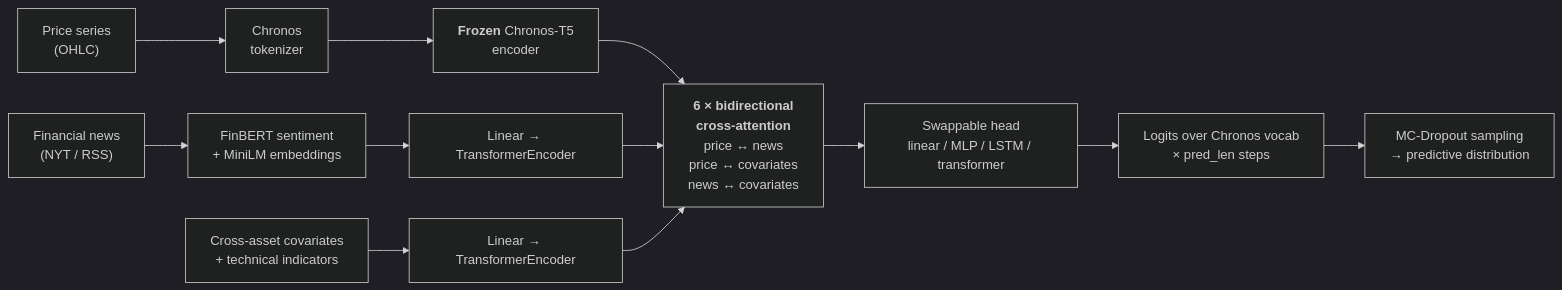
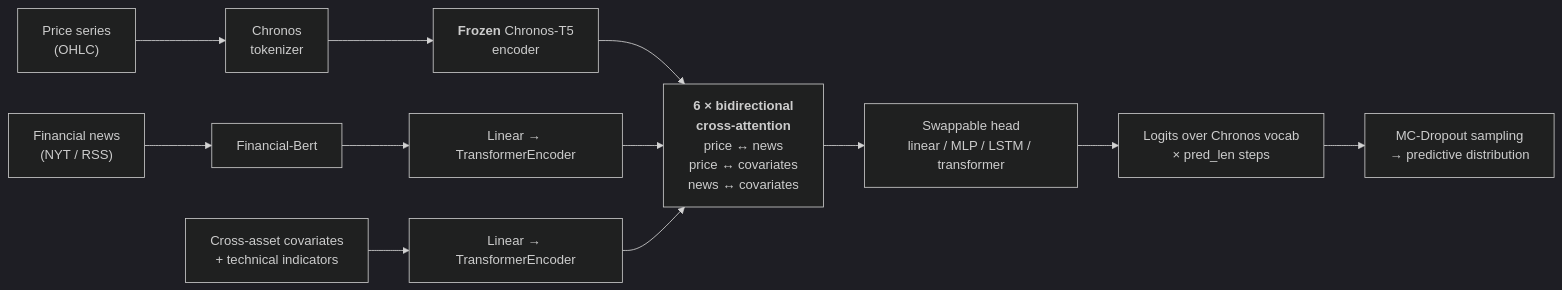
The diagram in README.md (GiorOikonomidis/metals_forcast), drawn with Mermaid (dark theme) before and after one commit.

Commit message:
Update financial news node in flowchart

````diff
--- a/README.md
+++ b/README.md
@@ -40,16 +40,16 @@
 ```mermaid
 flowchart LR
     P["Price series<br/>(OHLC)"] --> TOK["Chronos<br/>tokenizer"]
     TOK --> ENC["<b>Frozen</b> Chronos-T5<br/>encoder"]
-    N["Financial news<br/>(NYT / RSS)"] --> NLP["FinBERT sentiment<br/>+ MiniLM embeddings"]
+    N["Financial news<br/>(NYT / RSS)"] --> NLP["Financial-Bert"]
     NLP --> NP["Linear → TransformerEncoder"]
     C["Cross-asset covariates<br/>+ technical indicators"] --> CP["Linear → TransformerEncoder"]
 
     ENC --> X["<b>6 × bidirectional<br/>cross-attention</b><br/>price ↔ news<br/>price ↔ covariates<br/>news ↔ covariates"]
     NP --> X
     CP --> X
 
     X --> H["Swappable head<br/>linear / MLP / LSTM / transformer"]
     H --> O["Logits over Chronos vocab<br/>× pred_len steps"]
     O --> MC["MC-Dropout sampling<br/>→ predictive distribution"]
 ```
````
